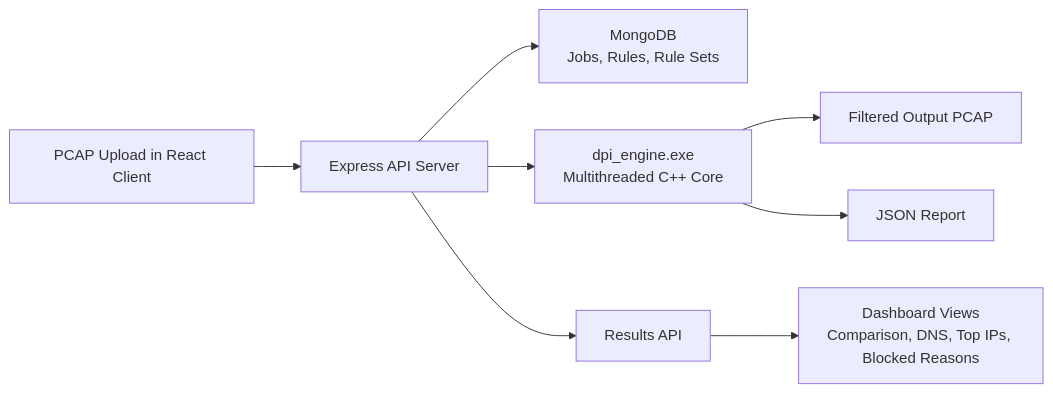
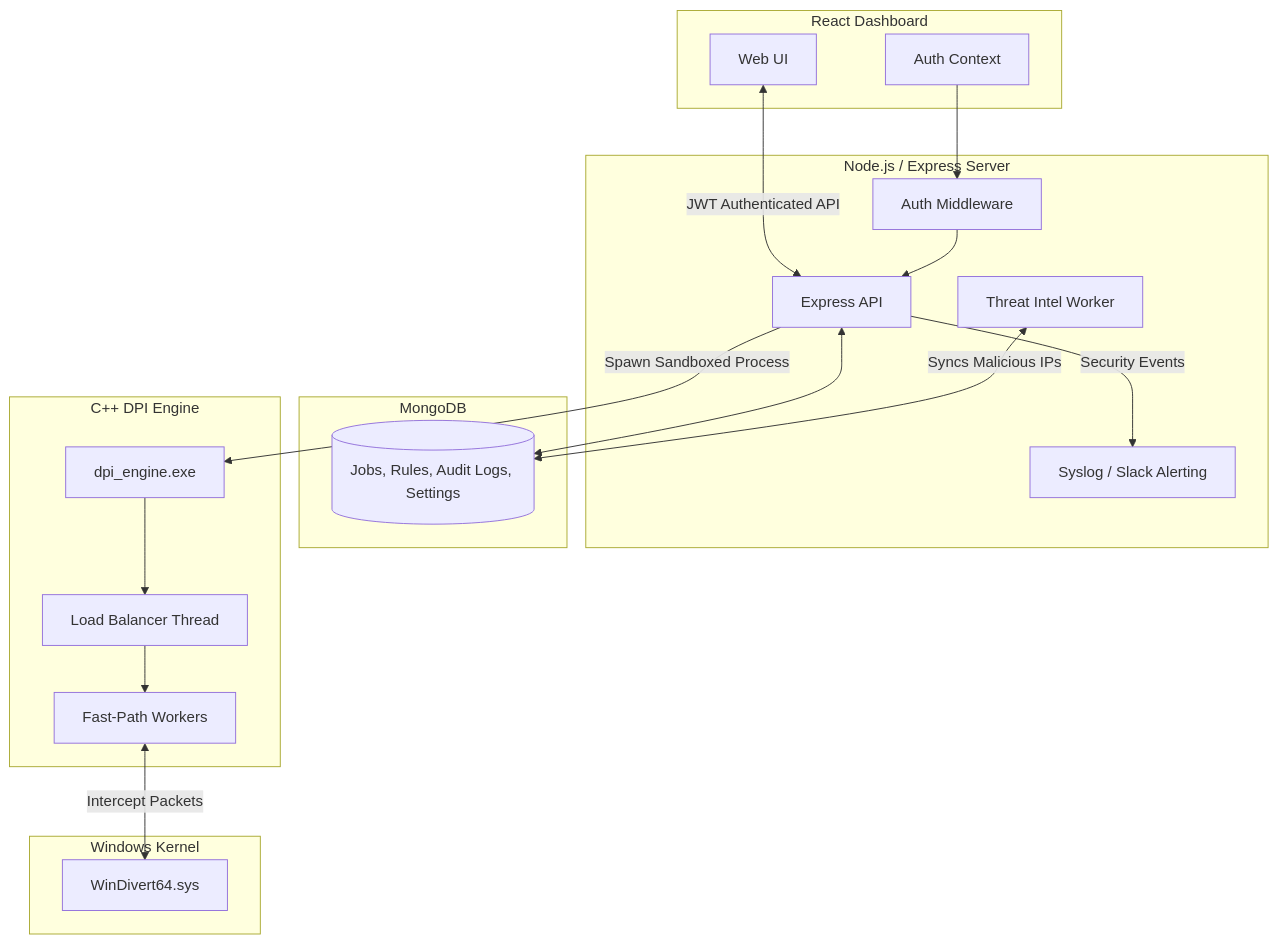
The diagram in README.md (shibchandan/Packet_analyzer), drawn with Mermaid before and after one commit. The commit also changed other lines of this file, not shown here.

````diff
--- a/README.md
+++ b/README.md
@@ -17,10 +39,39 @@
 ```mermaid
-flowchart LR
-    A[PCAP Upload in React Client] --> B[Express API Server]
-    B --> C[MongoDB\nJobs, Rules, Rule Sets]
-    B --> D[dpi_engine.exe\nMultithreaded C++ Core]
-    D --> E[Filtered Output PCAP]
-    D --> F[JSON Report]
-    B --> G[Results API]
-    G --> H[Dashboard Views\nComparison, DNS, Top IPs, Blocked Reasons]
+flowchart TD
+    subgraph Frontend [React Dashboard]
+        UI[Web UI]
+        AuthCtx[Auth Context]
+    end
+
+    subgraph Backend [Node.js / Express Server]
+        API[Express API]
+        RBAC[Auth Middleware]
+        TI_Worker[Threat Intel Worker]
+        Integrations[Syslog / Slack Alerting]
+    end
+
+    subgraph Database [MongoDB]
+        DB[(Jobs, Rules, Audit Logs, Settings)]
+    end
+
+    subgraph Core [C++ DPI Engine]
+        DPI[dpi_engine.exe]
+        LB[Load Balancer Thread]
+        FP[Fast-Path Workers]
+    end
+
+    subgraph OS [Windows Kernel]
+        WD[WinDivert64.sys]
+    end
+
+    UI <--> |JWT Authenticated API| API
+    AuthCtx --> RBAC
+    RBAC --> API
+    API <--> DB
+    TI_Worker <--> |Syncs Malicious IPs| DB
+    API --> |Spawn Sandboxed Process| DPI
+    API --> |Security Events| Integrations
+    DPI --> LB
+    LB --> FP
+    FP <--> |Intercept Packets| WD
 ```
````
